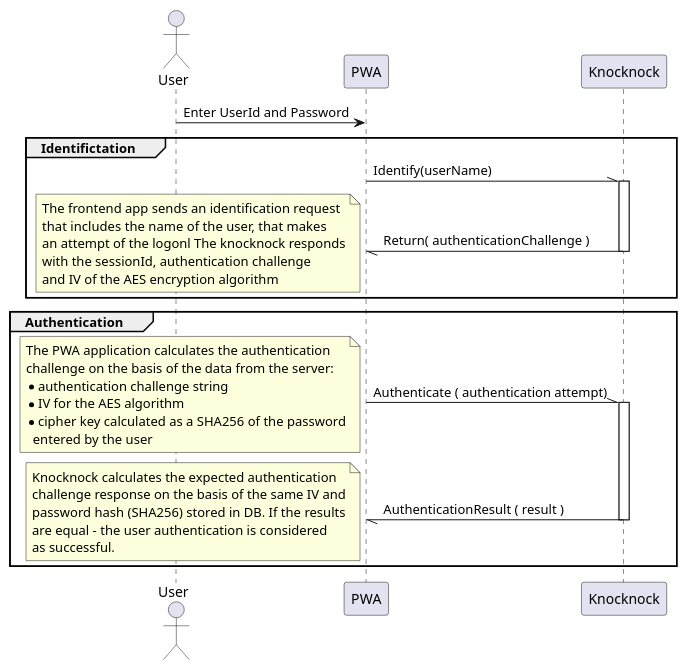
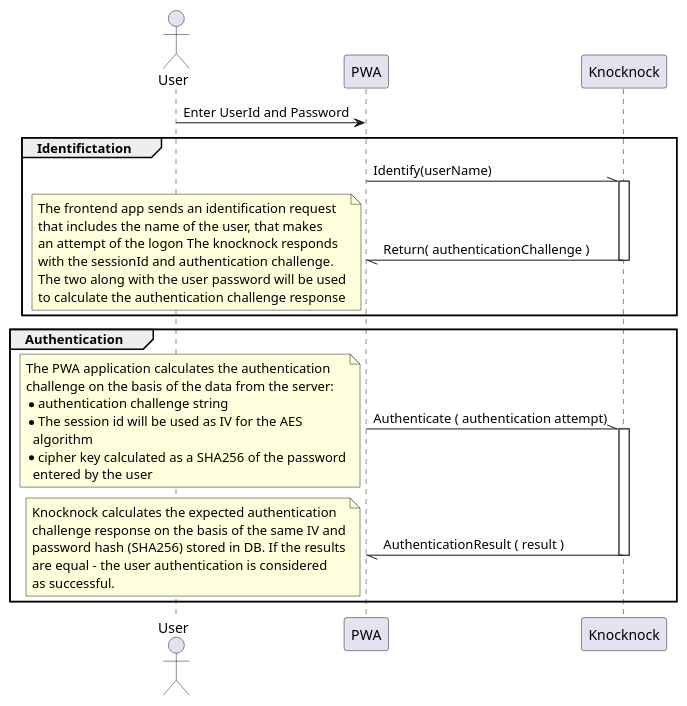
One commit to pawelwojtowicz/knocknock changed the diagram in docu/loggingOnSequence.puml. Above: the diagram before and after it, drawn with PlantUML. The commit also changed 3 other files, not shown here.

```diff
--- a/docu/loggingOnSequence.puml
+++ b/docu/loggingOnSequence.puml
@@ -1,42 +1,44 @@
 @startuml
 actor       User       as user
 participant PWA        as frontend
 participant Knocknock  as knck
 
 
 user -> frontend : Enter UserId and Password
 group Identifictation
 frontend -\\ knck : Identify(userName)
 activate knck
 knck -// frontend  : Return( authenticationChallenge )
 deactivate knck
 note left
 The frontend app sends an identification request
 that includes the name of the user, that makes
-an attempt of the logonl The knocknock responds
-with the sessionId, authentication challenge
-and IV of the AES encryption algorithm
+an attempt of the logon The knocknock responds
+with the sessionId and authentication challenge.
+The two along with the user password will be used
+to calculate the authentication challenge response
 end note
 end
 group Authentication
 frontend -\\ knck : Authenticate ( authentication attempt)
 activate knck
 note left
 The PWA application calculates the authentication
 challenge on the basis of the data from the server:
 * authentication challenge string
-* IV for the AES algorithm
+* The session id will be used as IV for the AES 
+  algorithm
 * cipher key calculated as a SHA256 of the password 
   entered by the user
 end note
 knck -// frontend  : AuthenticationResult ( result )
 deactivate knck
 note left
 Knocknock calculates the expected authentication
 challenge response on the basis of the same IV and
 password hash (SHA256) stored in DB. If the results
 are equal - the user authentication is considered
 as successful.
 end note
 end
 @enduml
```
